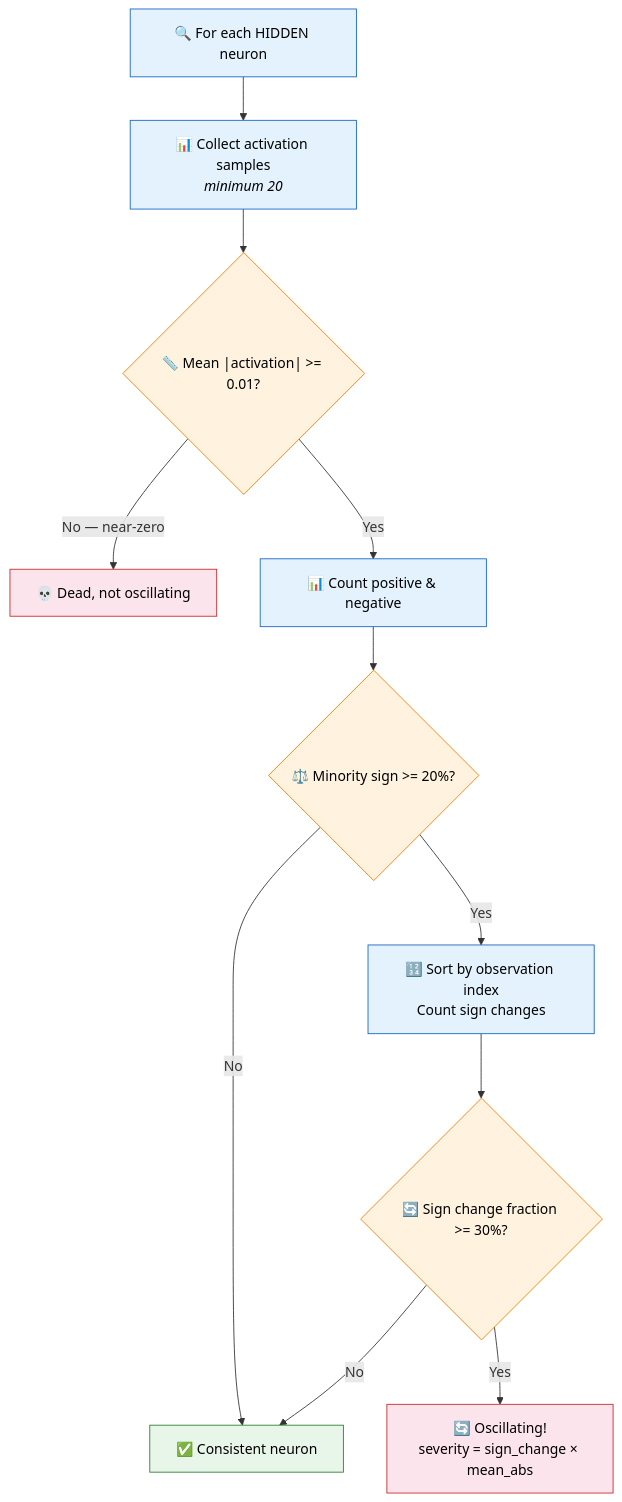
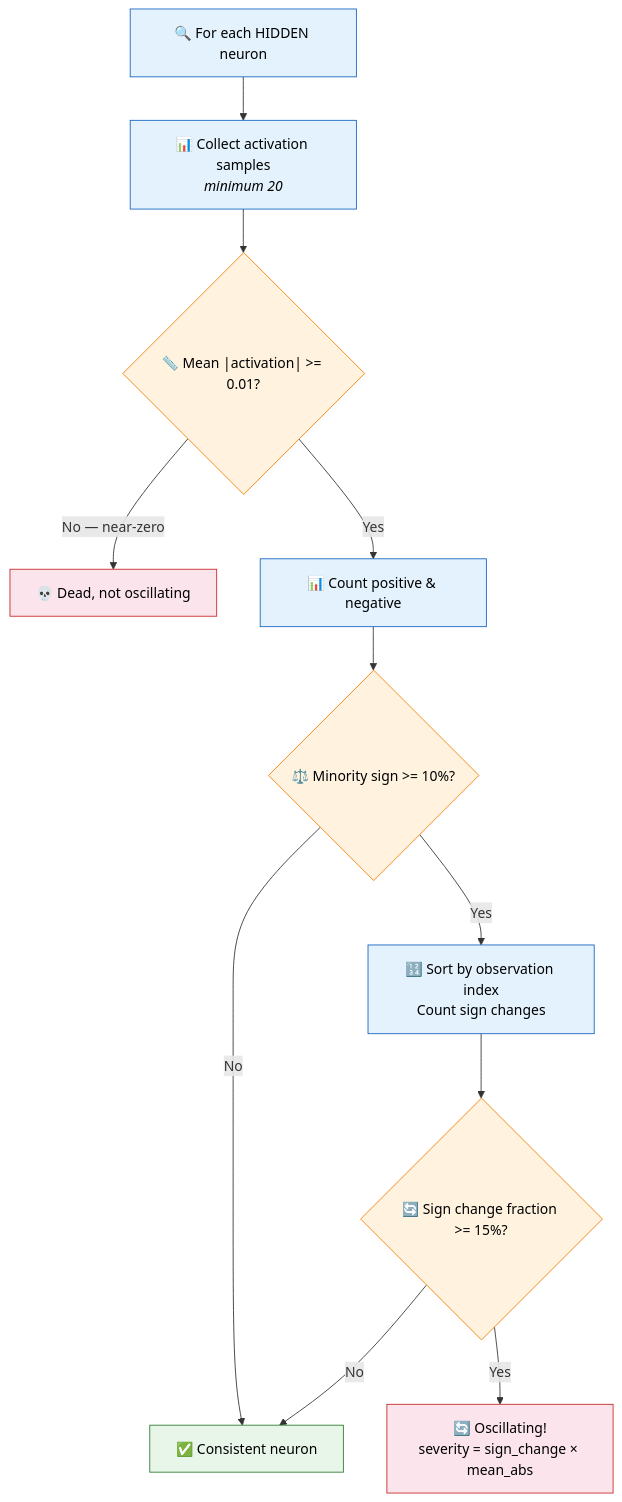
Before and after one commit to stSoftwareAU/NEAT-AI-Discovery: the second of 3 diagrams in docs/discoveries/oscillating-neuron.md, drawn with Mermaid. The commit also changed other lines of this file and 6 other files, not shown here.

````diff
--- a/docs/discoveries/oscillating-neuron.md
+++ b/docs/discoveries/oscillating-neuron.md
@@ -40,23 +40,23 @@
 ```mermaid
 flowchart TD
     A["🔍 For each HIDDEN neuron"] --> B["📊 Collect activation samples<br/><i>minimum 20</i>"]
     B --> C{"📏 Mean |activation| >= 0.01?"}
     C -->|"No — near-zero"| Z["💀 Dead, not oscillating"]
     C -->|"Yes"| D["📊 Count positive & negative"]
-    D --> E{"⚖️ Minority sign >= 20%?"}
+    D --> E{"⚖️ Minority sign >= 10%?"}
     E -->|"No"| G["✅ Consistent neuron"]
     E -->|"Yes"| F["🔢 Sort by observation index<br/>Count sign changes"]
-    F --> H{"🔄 Sign change fraction >= 30%?"}
+    F --> H{"🔄 Sign change fraction >= 15%?"}
     H -->|"Yes"| I["🔄 Oscillating!<br/>severity = sign_change × mean_abs"]
     H -->|"No"| G
     style A fill:#e3f2fd,stroke:#1565c0,color:#000
     style B fill:#e3f2fd,stroke:#1565c0,color:#000
     style C fill:#fff3e0,stroke:#f57c00,color:#000
     style D fill:#e3f2fd,stroke:#1565c0,color:#000
     style E fill:#fff3e0,stroke:#f57c00,color:#000
     style F fill:#e3f2fd,stroke:#1565c0,color:#000
     style H fill:#fff3e0,stroke:#f57c00,color:#000
     style I fill:#fce4ec,stroke:#c62828,color:#000
     style G fill:#e8f5e9,stroke:#2e7d32,color:#000
     style Z fill:#fce4ec,stroke:#c62828,color:#000
 ```
````
